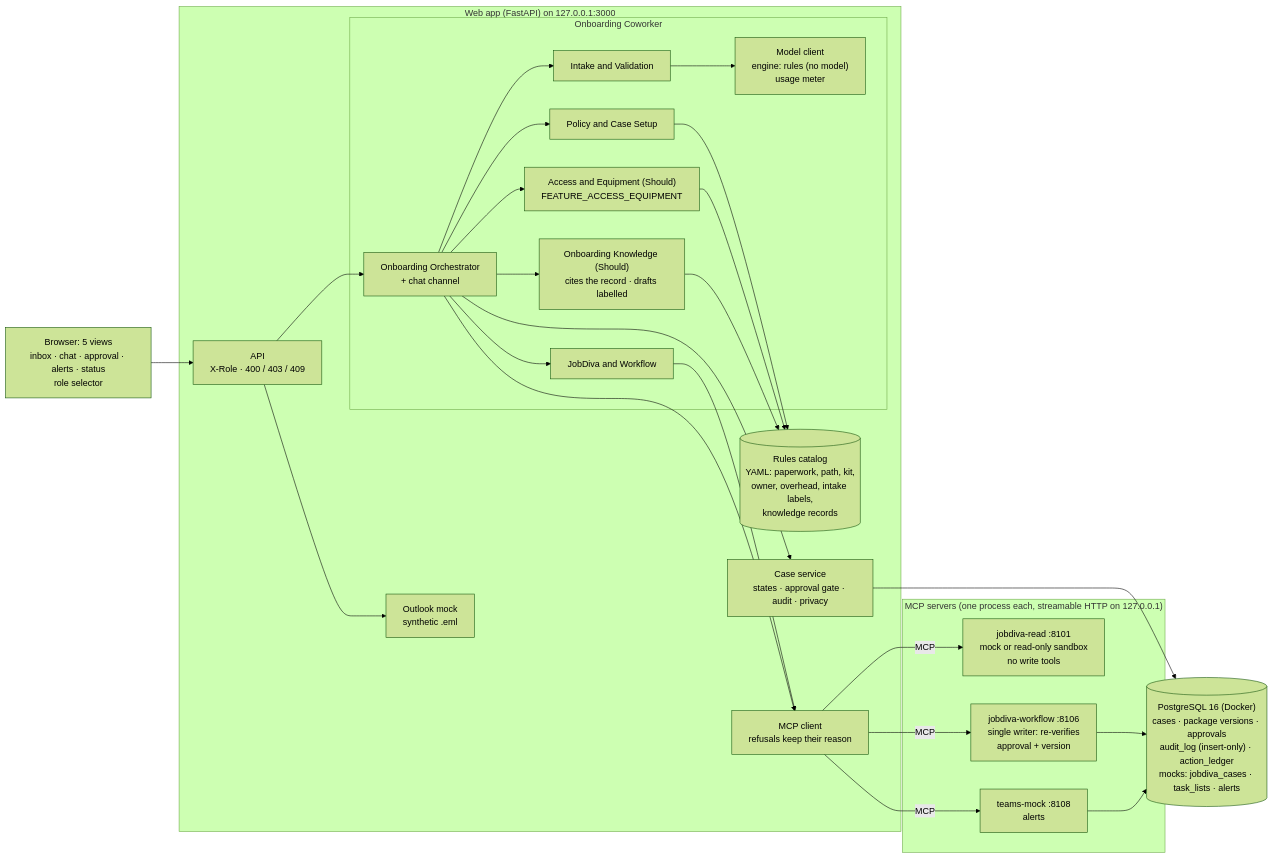
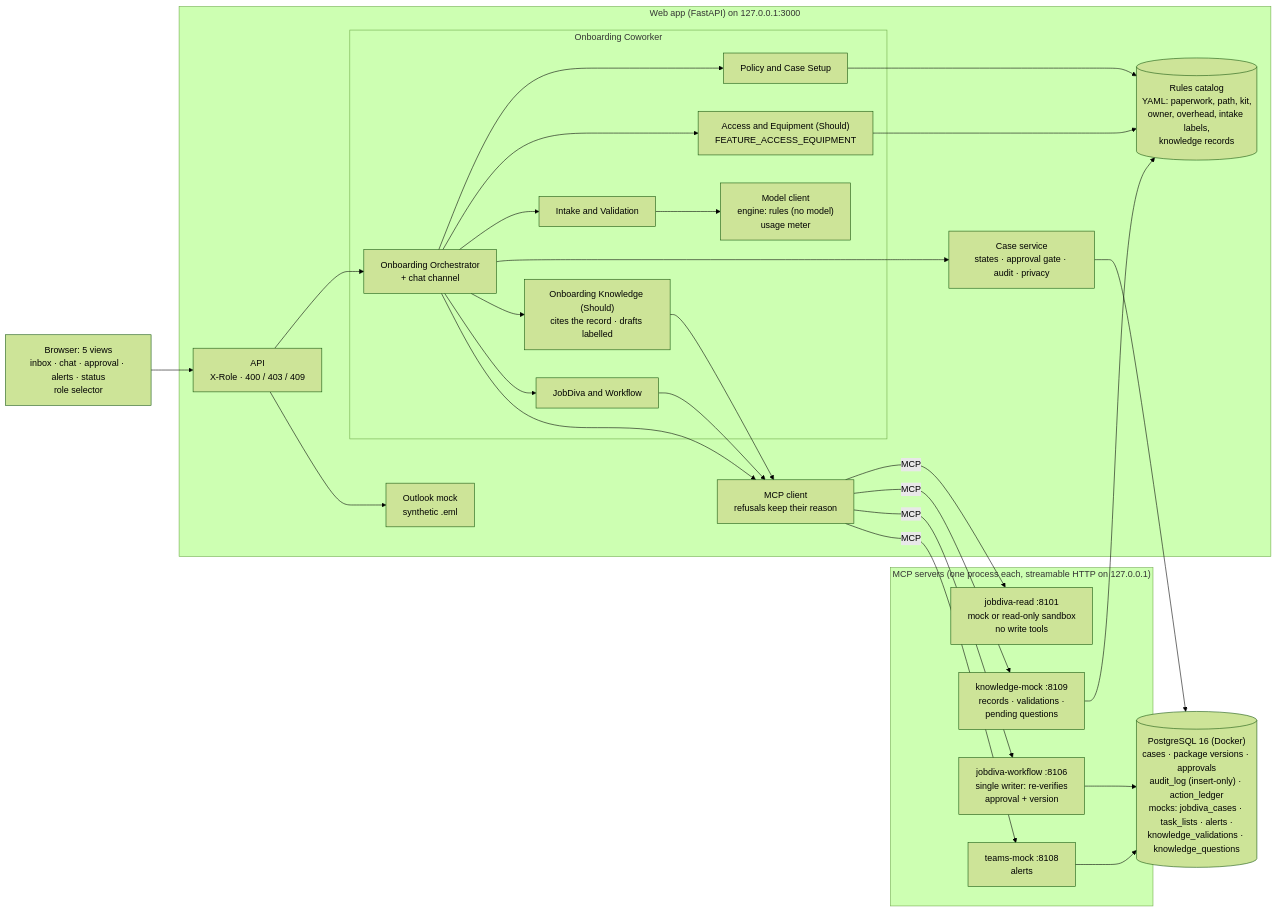
Before and after one commit to juangiron-IGS/OnBoardingDigitalCoworker: the diagram in Documents/Submission/architecture.md, drawn with Mermaid (forest theme). The commit also changed 15 other files, not shown here.

First line of the commit message:
Serve the knowledge base over MCP like the other mocks

````diff
--- a/Documents/Submission/architecture.md
+++ b/Documents/Submission/architecture.md
@@ -5,46 +5,50 @@
 ```mermaid
 flowchart LR
     Browser["Browser: 5 views<br/>inbox · chat · approval · alerts · status<br/>role selector"]
 
     subgraph Web["Web app (FastAPI) on 127.0.0.1:3000"]
         API["API<br/>X-Role · 400 / 403 / 409"]
         subgraph Agents["Onboarding Coworker"]
             Orch["Onboarding Orchestrator<br/>+ chat channel"]
             Intake["Intake and Validation"]
             Policy["Policy and Case Setup"]
             WF["JobDiva and Workflow"]
             Access["Access and Equipment (Should)<br/>FEATURE_ACCESS_EQUIPMENT"]
             Know["Onboarding Knowledge (Should)<br/>cites the record · drafts labelled"]
             Model["Model client<br/>engine: rules (no model)<br/>usage meter"]
         end
         Case["Case service<br/>states · approval gate · audit · privacy"]
         Rules[("Rules catalog<br/>YAML: paperwork, path, kit,<br/>owner, overhead, intake labels,<br/>knowledge records")]
         Mail["Outlook mock<br/>synthetic .eml"]
         Client["MCP client<br/>refusals keep their reason"]
     end
 
-    DB[("PostgreSQL 16 (Docker)<br/>cases · package versions · approvals<br/>audit_log (insert-only) · action_ledger<br/>mocks: jobdiva_cases · task_lists · alerts")]
+    DB[("PostgreSQL 16 (Docker)<br/>cases · package versions · approvals<br/>audit_log (insert-only) · action_ledger<br/>mocks: jobdiva_cases · task_lists · alerts ·<br/>knowledge_validations · knowledge_questions")]
 
     subgraph MCP["MCP servers (one process each, streamable HTTP on 127.0.0.1)"]
         S1["jobdiva-read :8101<br/>mock or read-only sandbox<br/>no write tools"]
         S2["jobdiva-workflow :8106<br/>single writer: re-verifies<br/>approval + version"]
         S3["teams-mock :8108<br/>alerts"]
+        S4["knowledge-mock :8109<br/>records · validations ·<br/>pending questions"]
     end
 
     Browser --> API --> Orch
     Orch --> Intake --> Model
     Orch --> Policy --> Rules
     Orch --> Access --> Rules
-    Orch --> Know --> Rules
+    Orch --> Know
+    Know --> Client
     Orch --> Case
     WF --> Client
     Orch --> WF
     Orch --> Client
     Client -- MCP --> S1
     Client -- MCP --> S2
     Client -- MCP --> S3
+    Client -- MCP --> S4
+    S4 --> Rules
     API --> Mail
     Case --> DB
     S2 --> DB
     S3 --> DB
 ```
````
